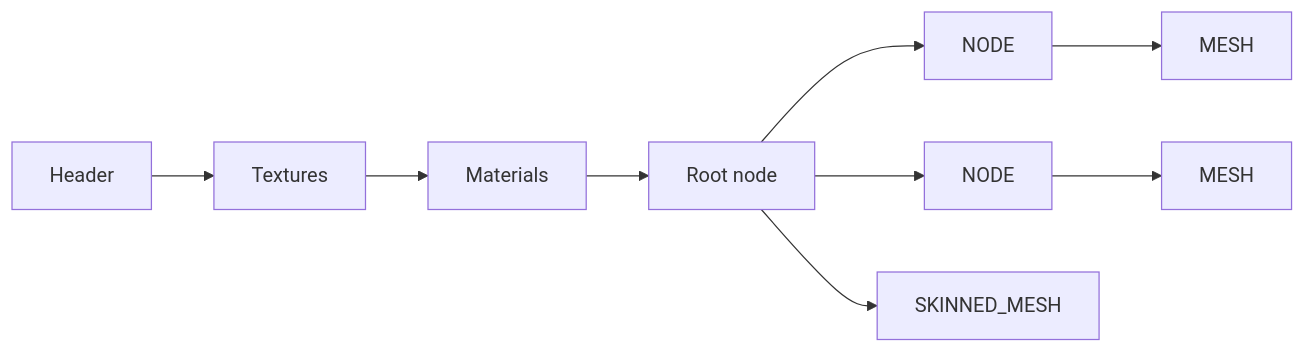
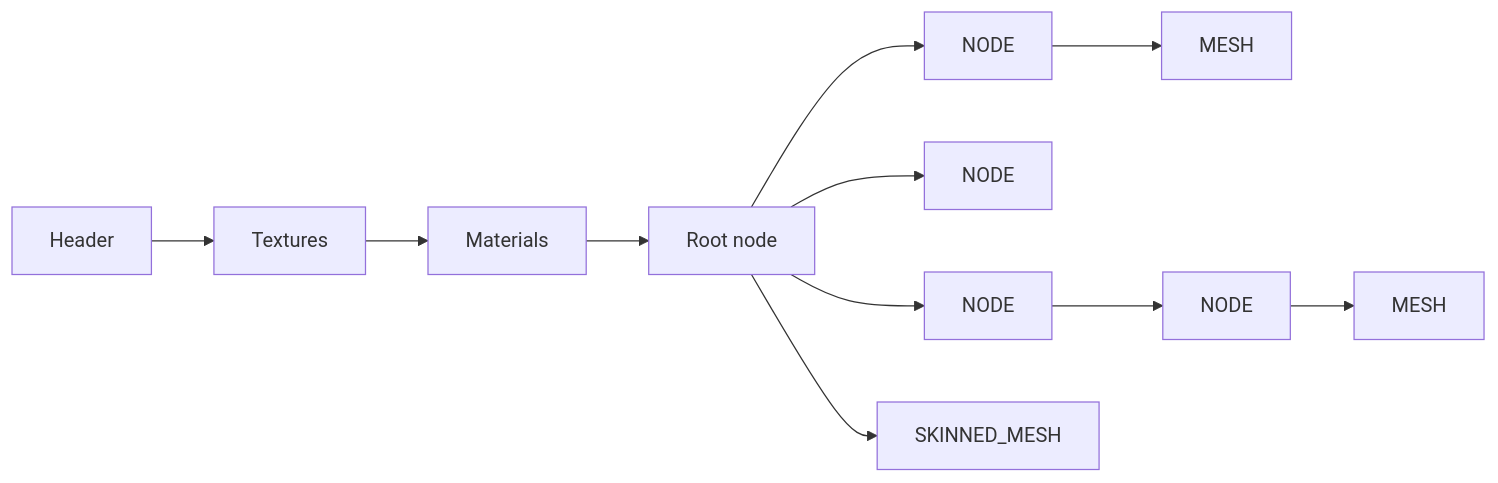
Before and after one commit to Pivot-Point-Labs/wiki: the diagram in docs/kn5fileformat.md, drawn with Mermaid. The commit also changed other lines of this file, not shown here.

````diff
--- a/docs/kn5fileformat.md
+++ b/docs/kn5fileformat.md
@@ -42,7 +42,8 @@
 ```mermaid
 flowchart LR
     H[Header] --> T[Textures] --> M[Materials] --> N[Root node]
     N --> C1[NODE] --> C2[MESH]
-    N --> C3[NODE] --> C4[MESH]
-    N --> C5[SKINNED_MESH]
+    N --> C3[NODE]
+    N --> C4[NODE] --> C5[NODE] --> C6[MESH]
+    N --> C7[SKINNED_MESH]
 ```
````
